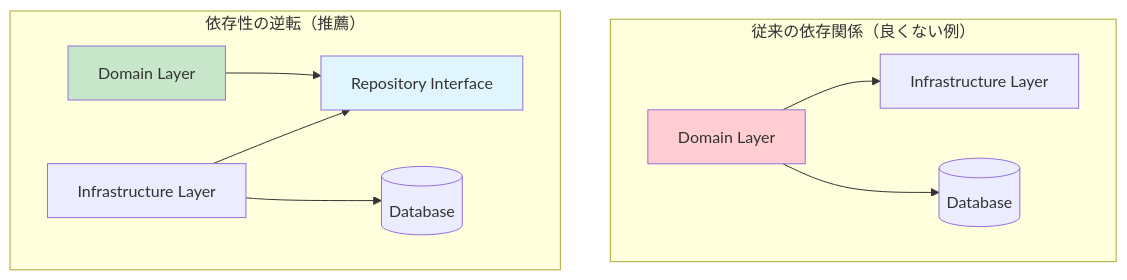
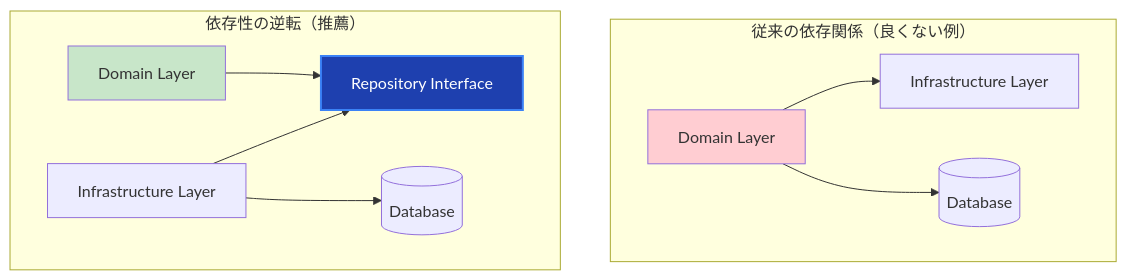
Before and after one commit to derushio/d-next-ddd-example: the second of 2 diagrams in _DOCS/guides/ddd/layers/components/repository-interfaces.md, drawn with Mermaid. The commit also changed other lines of this file and 31 other files, not shown here.

Commit message:
🎨: DOCSのMermaid図表カラーテーマを暗色に統一し視認性を向上

````diff
--- a/_DOCS/guides/ddd/layers/components/repository-interfaces.md
+++ b/_DOCS/guides/ddd/layers/components/repository-interfaces.md
@@ -35,17 +35,17 @@
 ```mermaid
 graph TD
     subgraph "従来の依存関係（良くない例）"
         DL1[Domain Layer] --> IL1[Infrastructure Layer]
         DL1 --> DB1[(Database)]
     end
     
     subgraph "依存性の逆転（推薦）"
         DL2[Domain Layer] --> RI[Repository Interface]
         IL2[Infrastructure Layer] --> RI
         IL2 --> DB2[(Database)]
     end
     
     style DL1 fill:#ffcdd2
     style DL2 fill:#c8e6c9
-    style RI fill:#e1f5fe
+    style RI fill:#1e40af,stroke:#3b82f6,stroke-width:2px,color:#ffffff
 ```
````
